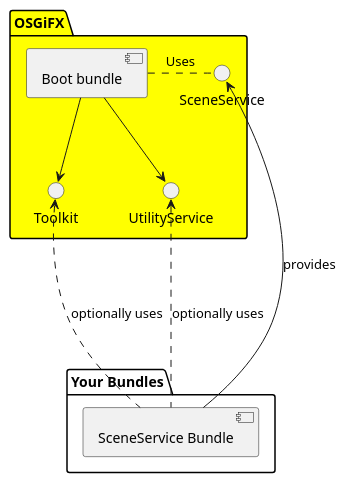
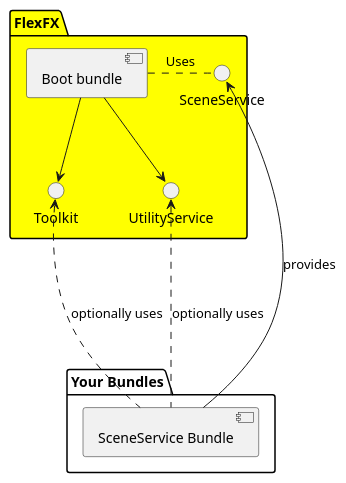
The diagram in documentation/diagrams/Overview.puml (jtkb/flexfx), drawn with PlantUML before and after one commit. The commit also changed 114 other files, not shown here.

Commit message:
Project, package and documentation rename and update to 'FlexFX'.

```diff
--- a/documentation/diagrams/Overview.puml
+++ b/documentation/diagrams/Overview.puml
@@ -1,20 +1,20 @@
 @startuml
-package "OSGiFX" #Yellow {
+package "FlexFX" #Yellow {
 
 interface "SceneService" as SS
 interface "UtilityService" as US
 interface "Toolkit" as TK
 component [Boot bundle]
 [Boot bundle] -down-> TK
 [Boot bundle] -down-> US
 [Boot bundle] -right.. SS : Uses
 
 }
 
 package "Your Bundles" {
 component [SceneService Bundle]
 SS <-up- [SceneService Bundle] : provides
 [SceneService Bundle] -up..> US : optionally uses
 [SceneService Bundle] -up..> TK : optionally uses
 }
 @enduml
```
